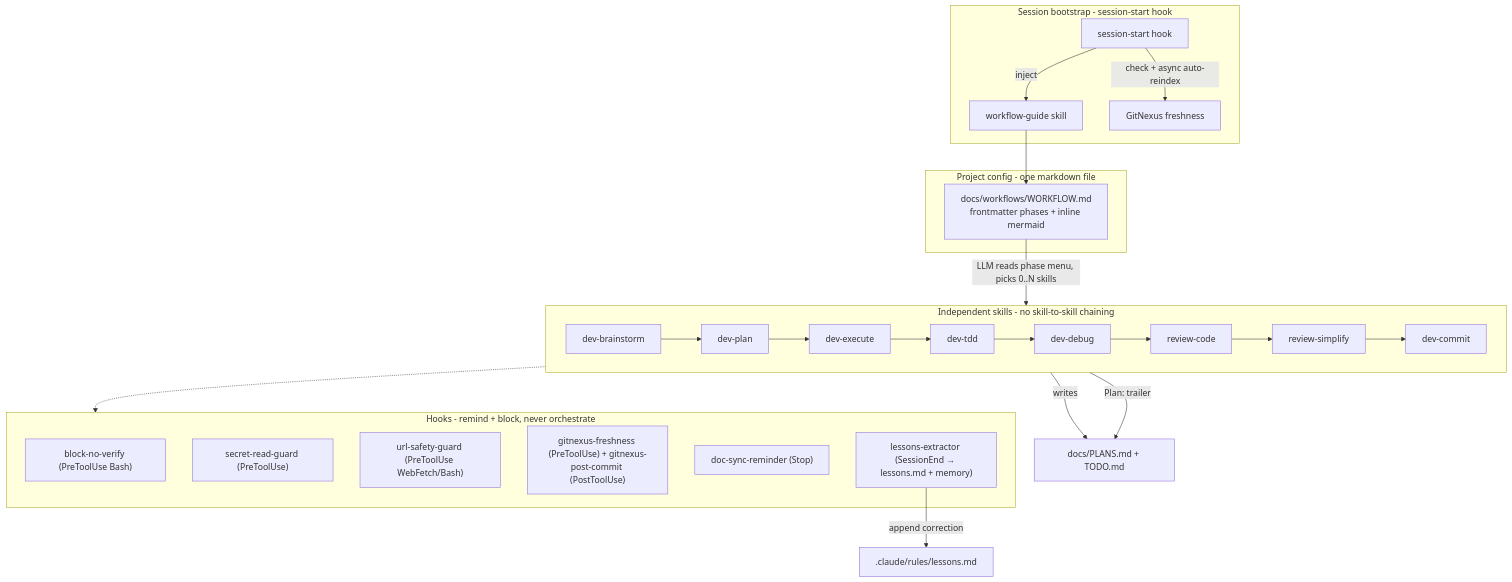
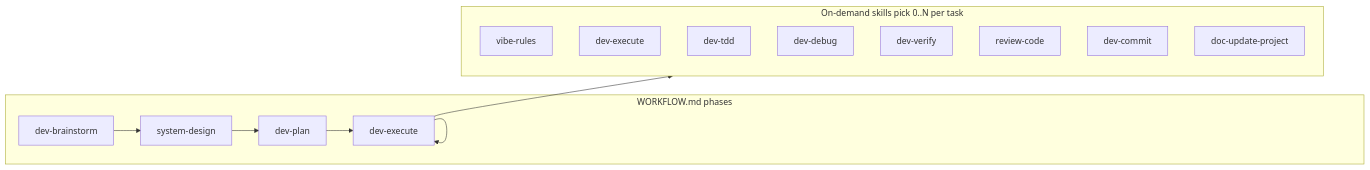
One commit to lunaxoniichan/luna-marketplace changed the third of 3 diagrams in docs/SYSTEM_DESIGN.md. Above: the diagram before and after it, drawn with Mermaid. The commit also changed other lines of this file and 10 other files, not shown here.

First line of the commit message:
feat: v0.4.1 vibe-rules dedup — layered architecture, slim rules, unified priority

````diff
--- a/docs/SYSTEM_DESIGN.md
+++ b/docs/SYSTEM_DESIGN.md
@@ -29,31 +172,22 @@
 ```mermaid
-flowchart TB
-    subgraph boot [Session bootstrap - session-start hook]
-        SS["session-start hook"]
-        SS -->|inject| ULW["workflow-guide skill"]
-        SS -->|check + async auto-reindex| GNX["GitNexus freshness"]
+flowchart LR
+    subgraph phases [WORKFLOW.md phases]
+        BS[dev-brainstorm]
+        SD[system-design]
+        PL[dev-plan]
+        EX[dev-execute]
     end
-    subgraph cfg [Project config - one markdown file]
-        WF["docs/workflows/WORKFLOW.md\nfrontmatter phases + inline mermaid"]
+    BS --> SD --> PL --> EX
+    EX --> EX
+    subgraph onDemand [On-demand skills pick 0..N per task]
+        VR[vibe-rules]
+        DE[dev-execute]
+        TD[dev-tdd]
+        DB[dev-debug]
+        VF[dev-verify]
+        RC[review-code]
+        CM[dev-commit]
+        DU[doc-update-project]
     end
-    subgraph skills [Independent skills - no skill-to-skill chaining]
-        direction LR
-        BR[dev-brainstorm] --> PL[dev-plan] --> EX[dev-execute]
-        EX --> TD[dev-tdd] --> DB[dev-debug] --> RC[review-code]
-        RC --> RS[review-simplify] --> CM[dev-commit]
-    end
-    subgraph guards [Hooks - remind + block, never orchestrate]
-        BNV["block-no-verify (PreToolUse Bash)"]
-        SRG["secret-read-guard (PreToolUse)"]
-        URG["url-safety-guard (PreToolUse WebFetch/Bash)"]
-        GF["gitnexus-freshness (PreToolUse) + gitnexus-post-commit (PostToolUse)"]
-        DS["doc-sync-reminder (Stop)"]
-        LEX["lessons-extractor (SessionEnd → lessons.md + memory)"]
-    end
-    ULW --> WF
-    WF -->|"LLM reads phase menu, picks 0..N skills"| skills
-    skills -.-> guards
-    EX -->|writes| PLANS["docs/PLANS.md + TODO.md"]
-    CM -->|"Plan: trailer"| PLANS
-    LEX -->|"append correction"| LES[".claude/rules/lessons.md"]
+    EX --> onDemand
 ```
````
